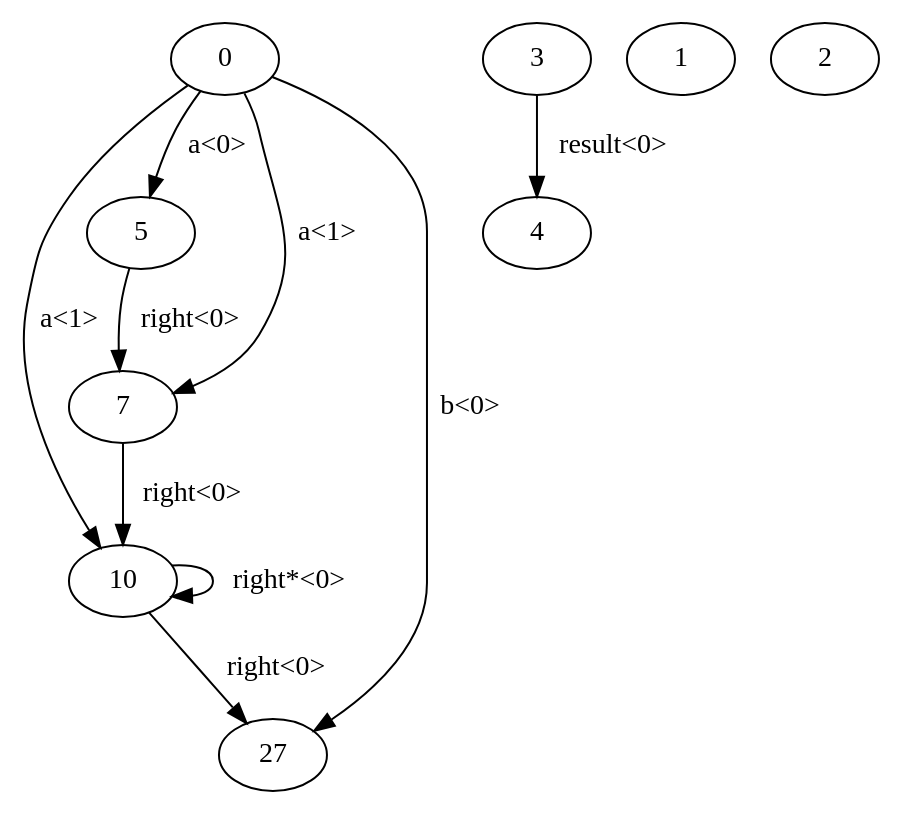
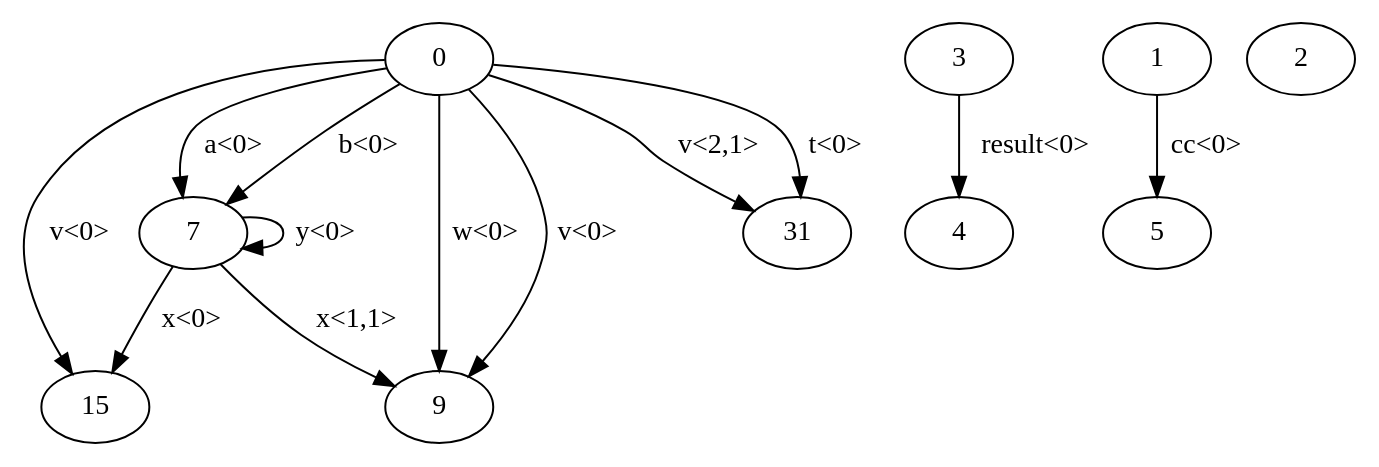
Before and after one commit to varivera/aliasing-java: the diagram in AliasingImpl/source/test.dot, drawn with Graphviz. The commit also changed 4 other files, not shown here.

```diff
--- a/AliasingImpl/source/test.dot
+++ b/AliasingImpl/source/test.dot
@@ -1,20 +1,24 @@
 digraph G {
-n10->n27 [label="right<0>"]
-n10->n10 [label="right*<0>"]
-n7->n10 [label="right<0>"]
-n5->n7 [label="right<0>"]
-n0->n27 [label="b<0>"]
-n0->n10 [label="a<1>"]
-n0->n7 [label="a<1>"]
-n0->n5 [label="a<0>"]
+n7->n15 [label="x<0>"]
+n7->n7 [label="y<0>"]
+n7->n9 [label="x<1,1>"]
+n0->n7 [label="b<0>"]
+n0->n31 [label="t<0>"]
+n0->n15 [label="v<0>"]
+n0->n9 [label="v<0>"]
+n0->n9 [label="w<0>"]
+n0->n31 [label="v<2,1>"]
+n0->n7 [label="a<0>"]
 n0[label="0"]
-n27[label="27"]
-n5[label="5"]
+n15[label="15"]
 n7[label="7"]
-n10[label="10"]
+n9[label="9"]
+n31[label="31"]
 n3->n4 [label="result<0>"]
 n3[label="3"]
 n4[label="4"]
+n1->n5 [label="cc<0>"]
 n1[label="1"]
+n5[label="5"]
 n2[label="2"]
 }
```
